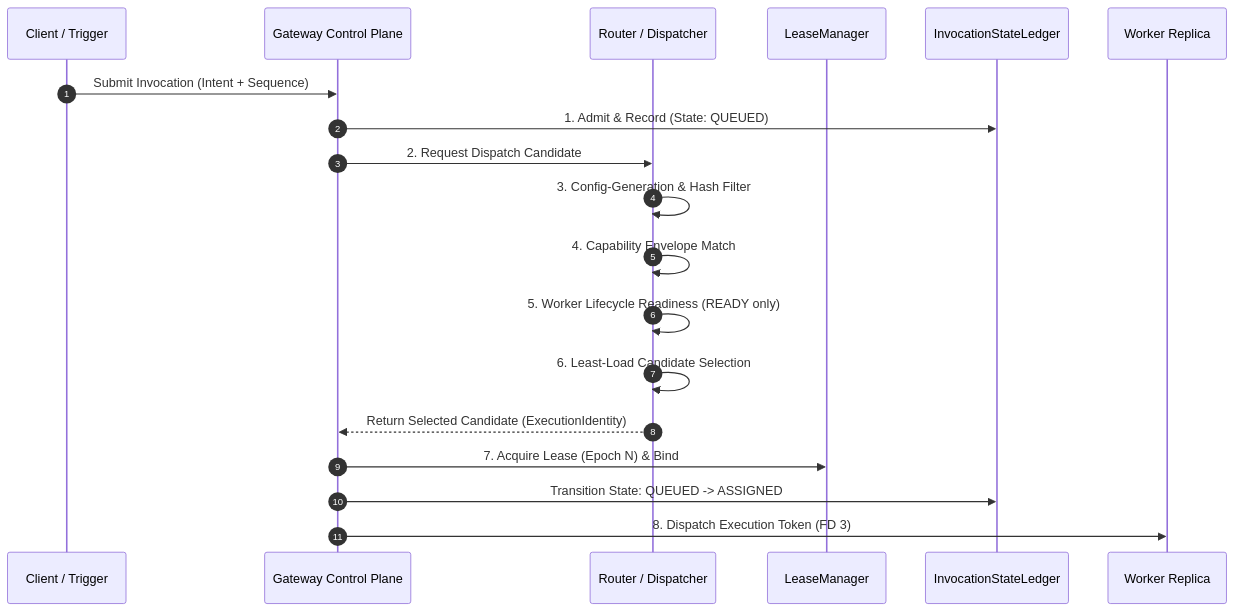
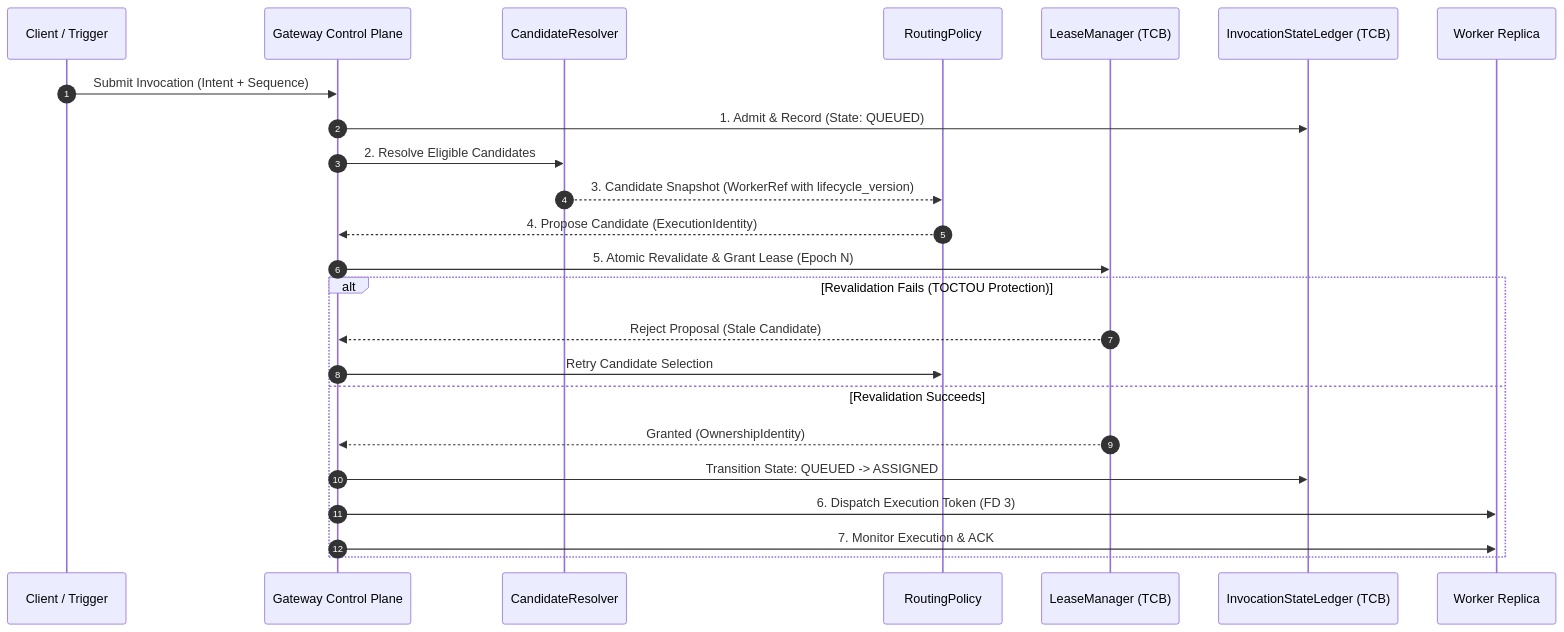
Before and after one commit to Iradukunda-Fils/Cortex: the diagram in docs/architecture/phase_4_routing_and_dispatch_specification.md, drawn with Mermaid. The commit also changed other lines of this file and 6 other files, not shown here.

First line of the commit message:
feat(replica): implement Phase 4 Routing & Dispatch Subsystem (RD-1..RD-22)

````diff
--- a/docs/architecture/phase_4_routing_and_dispatch_specification.md
+++ b/docs/architecture/phase_4_routing_and_dispatch_specification.md
@@ -58,22 +76,27 @@
 ```mermaid
 sequenceDiagram
     autonumber
     participant C as Client / Trigger
     participant GW as Gateway Control Plane
-    participant R as Router / Dispatcher
-    participant LM as LeaseManager
-    participant L as InvocationStateLedger
+    participant CR as CandidateResolver
+    participant RP as RoutingPolicy
+    participant LM as LeaseManager (TCB)
+    participant L as InvocationStateLedger (TCB)
     participant W as Worker Replica
 
     C->>GW: Submit Invocation (Intent + Sequence)
     GW->>L: 1. Admit & Record (State: QUEUED)
-    GW->>R: 2. Request Dispatch Candidate
-    R->>R: 3. Config-Generation & Hash Filter
-    R->>R: 4. Capability Envelope Match
-    R->>R: 5. Worker Lifecycle Readiness (READY only)
-    R->>R: 6. Least-Load Candidate Selection
-    R-->>GW: Return Selected Candidate (ExecutionIdentity)
-    GW->>LM: 7. Acquire Lease (Epoch N) & Bind
-    GW->>L: Transition State: QUEUED -> ASSIGNED
-    GW->>W: 8. Dispatch Execution Token (FD 3)
+    GW->>CR: 2. Resolve Eligible Candidates
+    CR-->>RP: 3. Candidate Snapshot (WorkerRef with lifecycle_version)
+    RP-->>GW: 4. Propose Candidate (ExecutionIdentity)
+    GW->>LM: 5. Atomic Revalidate & Grant Lease (Epoch N)
+    alt Revalidation Fails (TOCTOU Protection)
+        LM-->>GW: Reject Proposal (Stale Candidate)
+        GW->>RP: Retry Candidate Selection
+    else Revalidation Succeeds
+        LM-->>GW: Granted (OwnershipIdentity)
+        GW->>L: Transition State: QUEUED -> ASSIGNED
+        GW->>W: 6. Dispatch Execution Token (FD 3)
+        GW->>W: 7. Monitor Execution & ACK
+    end
 ```
````
